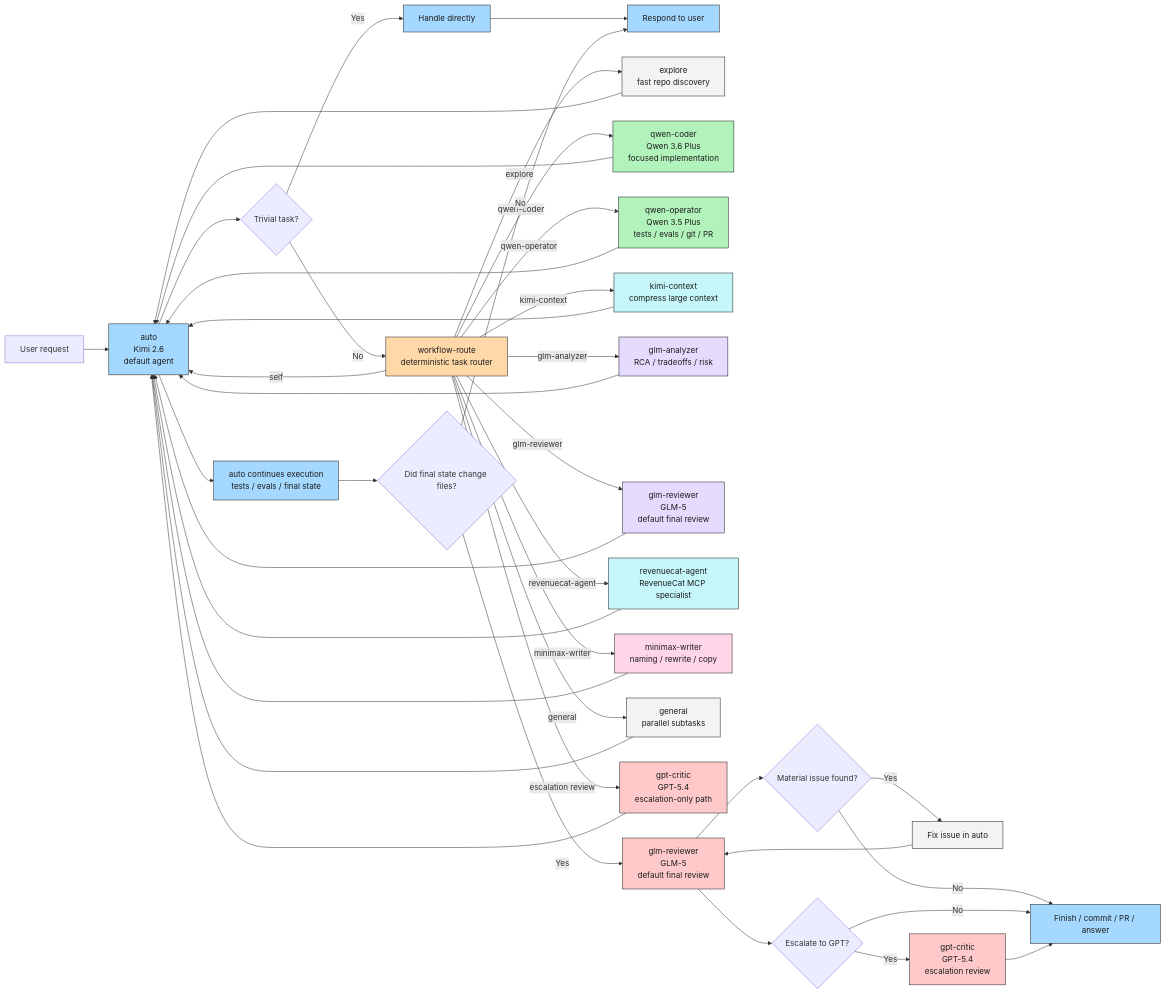
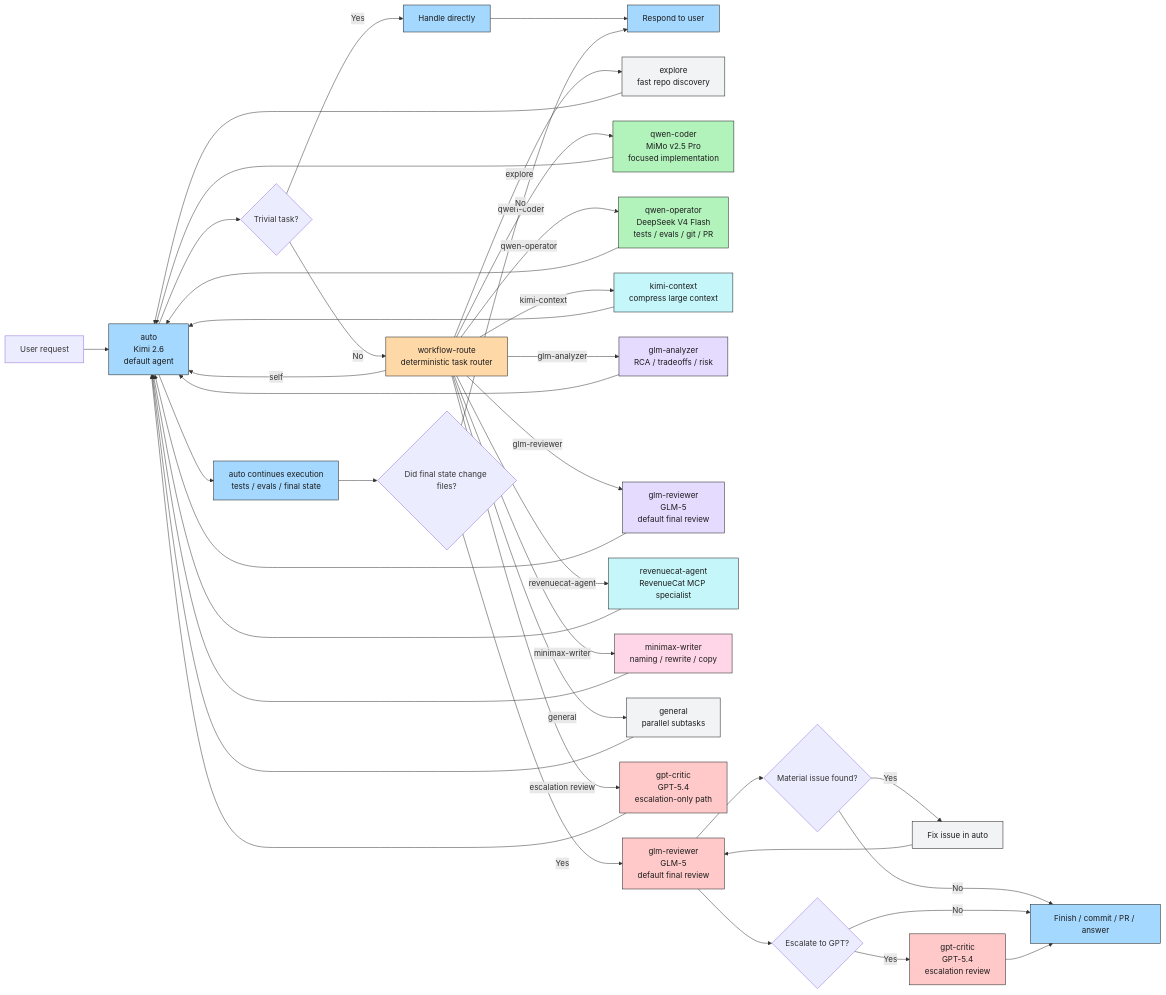
Before and after one commit to bpinheiroms/my-setup: the diagram in opencode/WORKFLOW_DIAGRAM.md, drawn with Mermaid. The commit also changed 3 other files, not shown here.

First line of the commit message:
chore: switch opencode coder to MiMo Pro (#9)

````diff
--- a/opencode/WORKFLOW_DIAGRAM.md
+++ b/opencode/WORKFLOW_DIAGRAM.md
@@ -9,69 +9,69 @@
 ```mermaid
 flowchart LR
     U[User request] --> A[auto<br/>Kimi 2.6<br/>default agent]
 
     A --> T{Trivial task?}
     T -->|Yes| D[Handle directly]
     D --> R[Respond to user]
 
     T -->|No| WR[workflow-route<br/>deterministic task router]
 
     WR -->|self| A
     WR -->|explore| EX[explore<br/>fast repo discovery]
-    WR -->|qwen-coder| QC[qwen-coder<br/>Qwen 3.6 Plus<br/>focused implementation]
-    WR -->|qwen-operator| QO[qwen-operator<br/>Qwen 3.5 Plus<br/>tests / evals / git / PR]
+    WR -->|qwen-coder| QC[qwen-coder<br/>MiMo v2.5 Pro<br/>focused implementation]
+    WR -->|qwen-operator| QO[qwen-operator<br/>DeepSeek V4 Flash<br/>tests / evals / git / PR]
     WR -->|kimi-context| KC[kimi-context<br/>compress large context]
     WR -->|glm-analyzer| GA[glm-analyzer<br/>RCA / tradeoffs / risk]
     WR -->|glm-reviewer| GV[glm-reviewer<br/>GLM-5<br/>default final review]
     WR -->|revenuecat-agent| RC[revenuecat-agent<br/>RevenueCat MCP specialist]
     WR -->|minimax-writer| MW[minimax-writer<br/>naming / rewrite / copy]
     WR -->|general| GE[general<br/>parallel subtasks]
     WR -->|escalation review| GR[gpt-critic<br/>GPT-5.4<br/>escalation-only path]
 
     EX --> A
     QC --> A
     QO --> A
     KC --> A
     GA --> A
     GV --> A
     RC --> A
     MW --> A
     GE --> A
     GR --> A
 
     A --> E[auto continues execution<br/>tests / evals / final state]
     E --> C{Did final state change files?}
 
     C -->|No| R
     C -->|Yes| G[glm-reviewer<br/>GLM-5<br/>default final review]
 
     G --> M{Material issue found?}
     M -->|No| F[Finish / commit / PR / answer]
     M -->|Yes| FX[Fix issue in auto]
     FX --> G
     G --> H{Escalate to GPT?}
     H -->|Yes| GP[gpt-critic<br/>GPT-5.4<br/>escalation review]
     H -->|No| F
     GP --> F
 
     classDef primary fill:#A5D8FF,stroke:#1c1c1c,color:#1c1c1c;
     classDef router fill:#FFD8A8,stroke:#1c1c1c,color:#1c1c1c;
     classDef code fill:#B2F2BB,stroke:#1c1c1c,color:#1c1c1c;
     classDef context fill:#C5F6FA,stroke:#1c1c1c,color:#1c1c1c;
     classDef analysis fill:#E5DBFF,stroke:#1c1c1c,color:#1c1c1c;
     classDef writing fill:#FFD6E7,stroke:#1c1c1c,color:#1c1c1c;
     classDef review fill:#FFC9C9,stroke:#1c1c1c,color:#1c1c1c;
     classDef neutral fill:#F1F3F5,stroke:#1c1c1c,color:#1c1c1c;
 
     class A,D,E,F,R primary;
     class WR router;
     class QC code;
     class QO code;
     class KC context;
     class GA analysis;
     class GV analysis;
     class RC context;
     class MW writing;
     class G,GP,GR review;
     class EX,GE,FX neutral;
 ```
````
